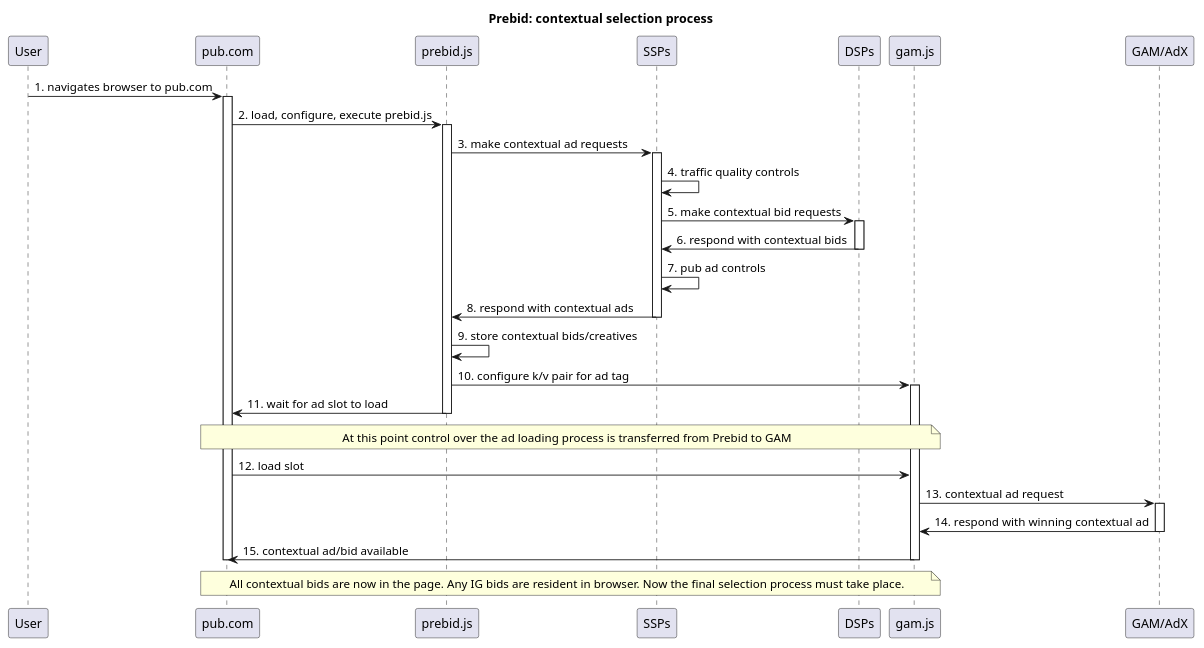
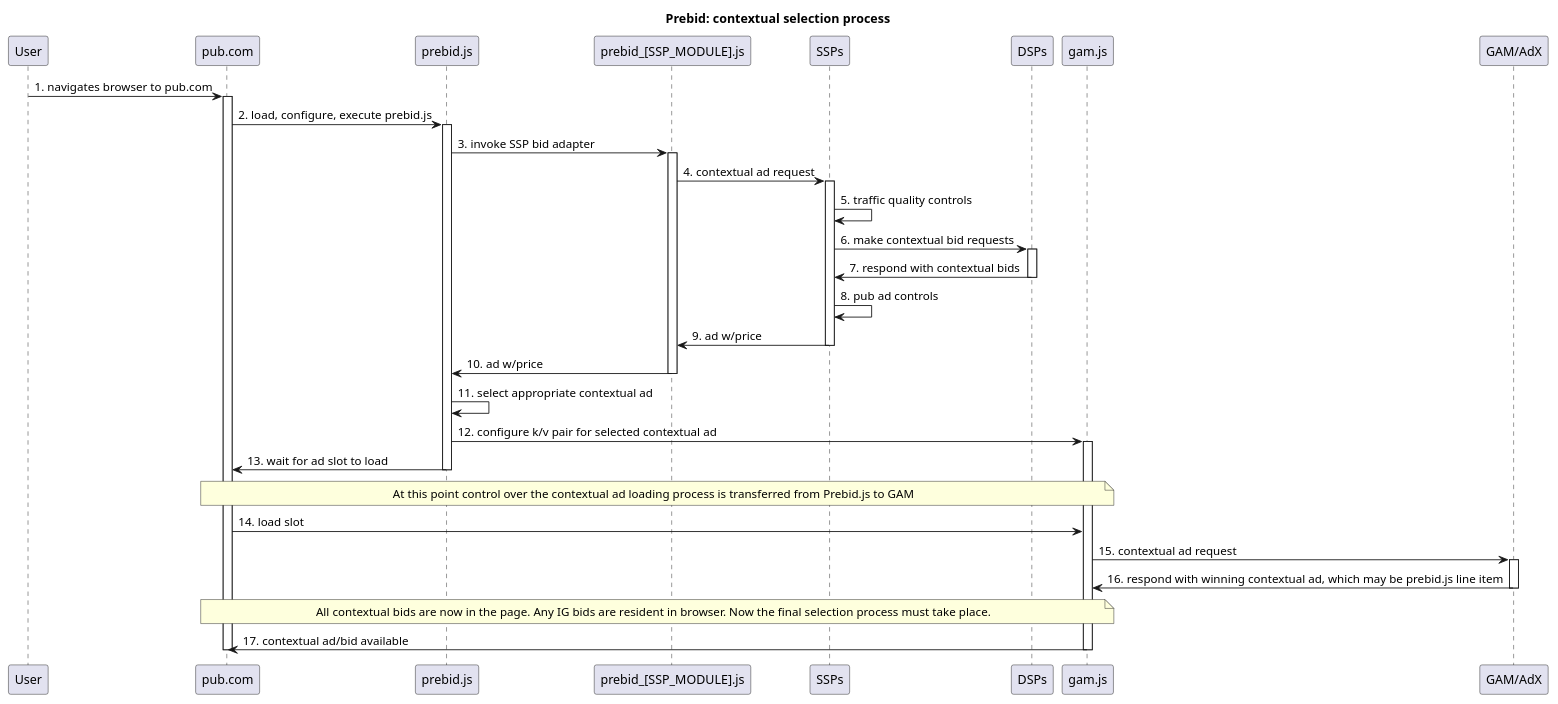
One commit to JoelPM/prebid-td changed the diagram in prebid_td_context.plantuml. Above: the diagram before and after it, drawn with PlantUML.

Commit message:
Missed a file.

```diff
--- a/prebid_td_context.plantuml
+++ b/prebid_td_context.plantuml
@@ -1,50 +1,58 @@
 @startuml prebid_td_context
 
 title Prebid: contextual selection process
 
 participant User
 participant "pub.com" as Pub
 participant "prebid.js" as Pbjs
+participant "prebid_[SSP_MODULE].js" as PbSspjs
 participant SSPs
 participant DSPs
 participant "gam.js" as Gmjs
 participant "GAM/AdX" as Gam
 
 User -> Pub: 1. navigates browser to pub.com
 activate Pub
 Pub -> Pbjs: 2. load, configure, execute prebid.js
 activate Pbjs
-Pbjs -> SSPs: 3. make contextual ad requests
+Pbjs -> PbSspjs: 3. invoke SSP bid adapter
+activate PbSspjs
+PbSspjs -> SSPs: 4. contextual ad request
 activate SSPs
-SSPs -> SSPs: 4. traffic quality controls
-SSPs -> DSPs: 5. make contextual bid requests 
+SSPs -> SSPs: 5. traffic quality controls
+SSPs -> DSPs: 6. make contextual bid requests 
 activate DSPs
-SSPs <- DSPs: 6. respond with contextual bids
+SSPs <- DSPs: 7. respond with contextual bids
 deactivate DSPs
-SSPs -> SSPs: 7. pub ad controls
-Pbjs <- SSPs: 8. respond with contextual ads
+SSPs -> SSPs: 8. pub ad controls
+PbSspjs <- SSPs: 9. ad w/price
 deactivate SSPs
-Pbjs -> Pbjs: 9. store contextual bids/creatives
-Pbjs -> Gmjs: 10. configure k/v pair for ad tag
+Pbjs <- PbSspjs: 10. ad w/price
+deactivate PbSspjs
+
+Pbjs -> Pbjs: 11. select appropriate contextual ad
+Pbjs -> Gmjs: 12. configure k/v pair for selected contextual ad
 activate Gmjs
-Pub <- Pbjs: 11. wait for ad slot to load
+Pub <- Pbjs: 13. wait for ad slot to load
 deactivate Pbjs
 
 note over Pub, Gmjs
-At this point control over the ad loading process is transferred from Prebid to GAM
+At this point control over the contextual ad loading process is transferred from Prebid.js to GAM
 end note
 
-Pub -> Gmjs: 12. load slot
-Gmjs -> Gam: 13. contextual ad request
+Pub -> Gmjs: 14. load slot
+Gmjs -> Gam: 15. contextual ad request
 activate Gam
-Gmjs <- Gam: 14. respond with winning contextual ad
+Gmjs <- Gam: 16. respond with winning contextual ad, which may be prebid.js line item
 deactivate Gam
-Pub <- Gmjs: 15. contextual ad/bid available
-deactivate Gmjs
 
 note over Pub, Gmjs
 All contextual bids are now in the page. Any IG bids are resident in browser. Now the final selection process must take place.
 end note
 
+
+Pub <- Gmjs: 17. contextual ad/bid available
+deactivate Gmjs
+
 deactivate Pub
 @enduml
```
